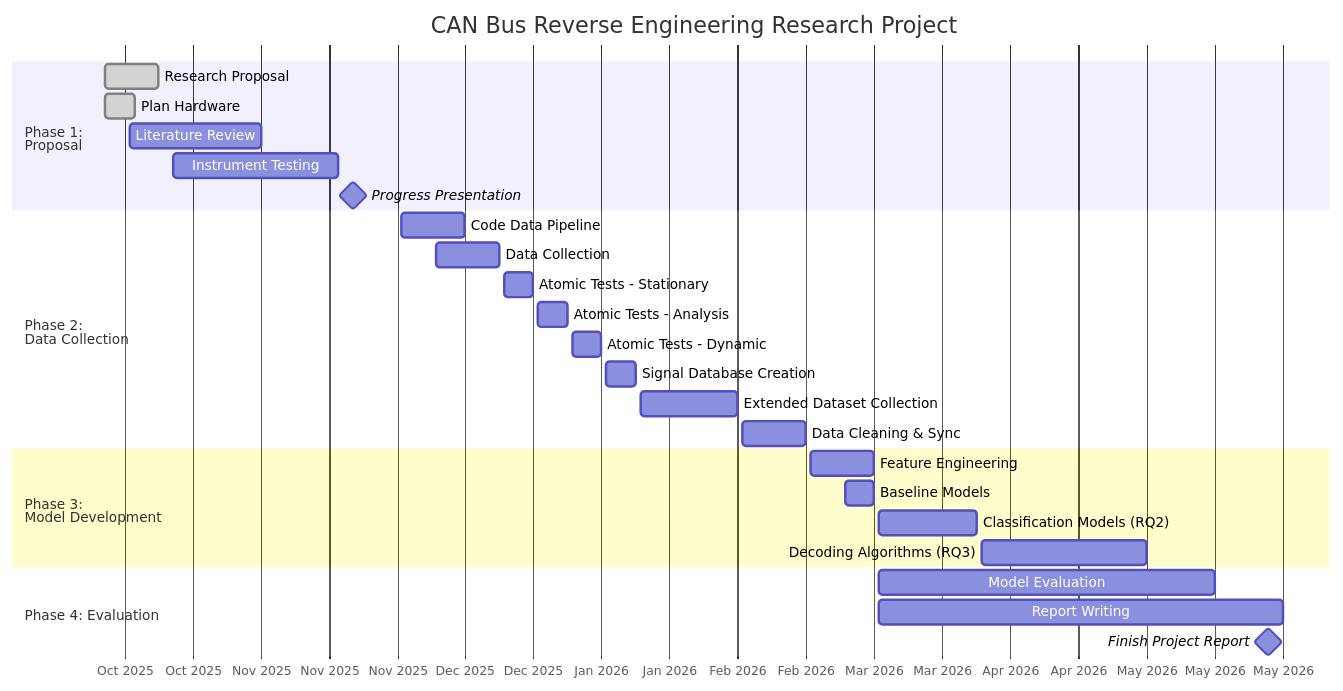
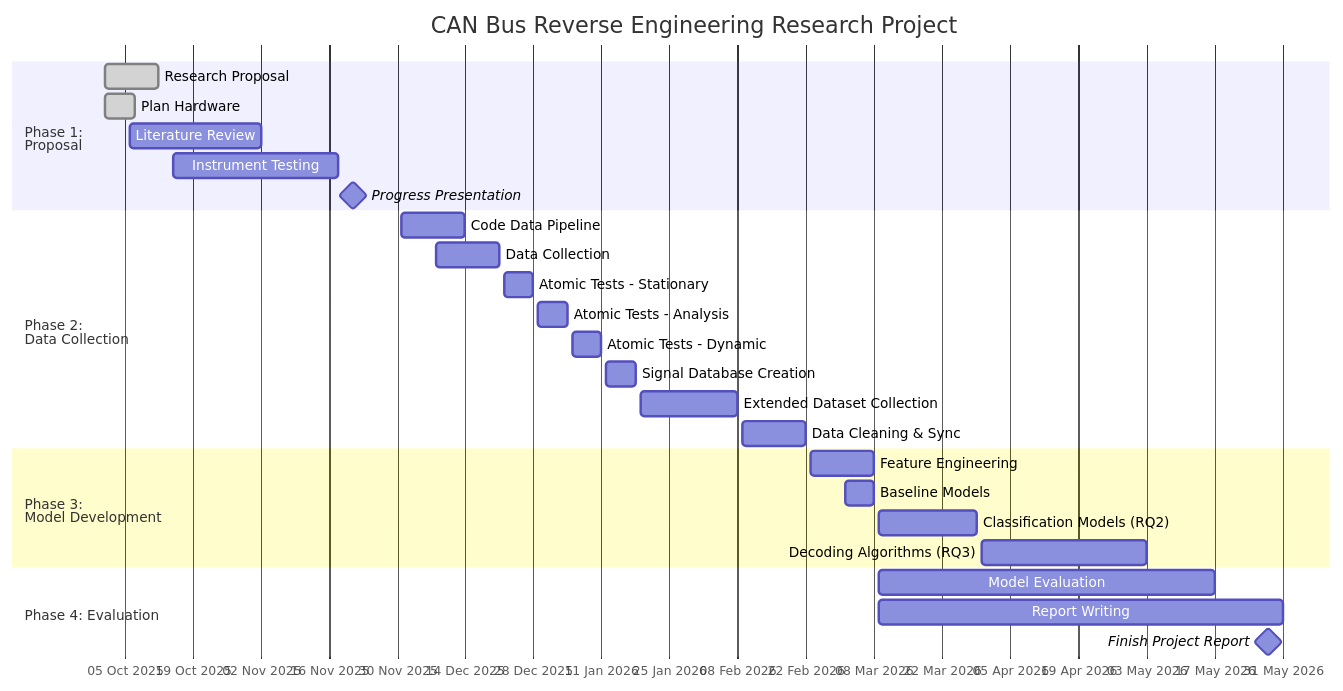
One commit to CraigAA/CAN_Reverse_Engineering_Project changed the diagram in README.md. Above: the diagram before and after it, drawn with Mermaid.

````diff
--- a/README.md
+++ b/README.md
@@ -2,34 +2,34 @@
 ```mermaid
 gantt
     title CAN Bus Reverse Engineering Research Project
     dateFormat  YYYY-MM-DD
-    axisFormat  %b %Y
+    axisFormat  %d %b %Y
     tickInterval 2week
     section Phase 1:<br>Proposal
     Research Proposal           :done, rp, 2025-10-01, 2025-10-12
     Plan Hardware               :done, oh, 2025-10-01, 2025-10-07
     Literature Review           :lr, 2025-10-06, 2025-11-02
     Instrument Testing          :it, 2025-10-15, 2025-11-18
     Progress Presentation       :milestone, pp, 2025-11-19, 2025-11-23
 
     section Phase 2:<br>Data Collection
     Code Data Pipeline          :dp, 2025-12-01, 2025-12-14
     Data Collection             :pt, 2025-12-08, 2025-12-21
     Atomic Tests - Stationary   :as, 2025-12-22, 2025-12-28
     Atomic Tests - Analysis     :aa, 2025-12-29, 2026-01-04
     Atomic Tests - Dynamic      :ad, 2026-01-05, 2026-01-11
     Signal Database Creation    :sd, 2026-01-12, 2026-01-18
     Extended Dataset Collection :ed, 2026-01-19, 2026-02-08
     Data Cleaning & Sync        :dc, 2026-02-09, 2026-02-22
 
     section Phase 3:<br>Model Development
     Feature Engineering         :fe, 2026-02-23, 2026-03-08
     Baseline Models             :bm, 2026-03-02, 2026-03-08
     Classification Models (RQ2) :cm, 2026-03-09, 2026-03-29
     Decoding Algorithms (RQ3)   :da, 2026-03-30, 2026-05-03
 
     section Phase 4: Evaluation
     Model Evaluation            :ce, 2026-03-09, 2026-05-17
     Report Writing              :wr, 2026-03-09, 2026-05-31
     Finish Project Report       :milestone, fta, 2026-05-25, 2026-05-31
 ```
````
